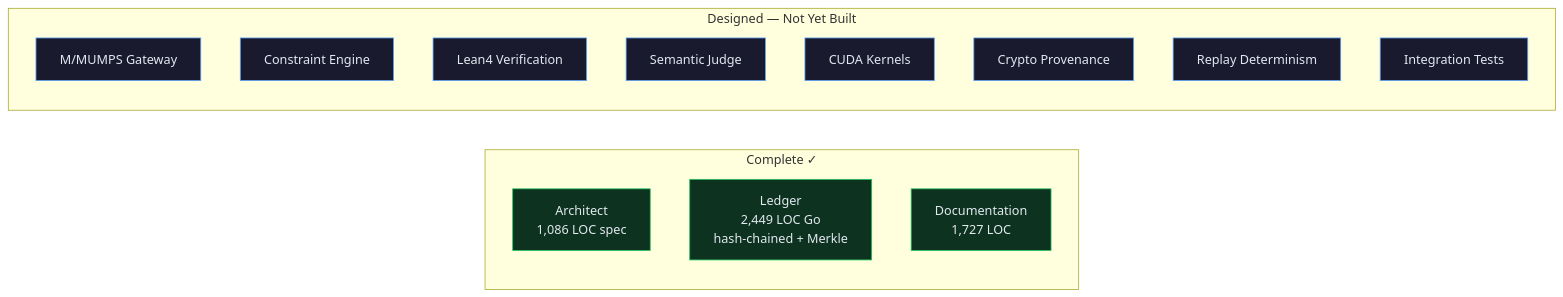
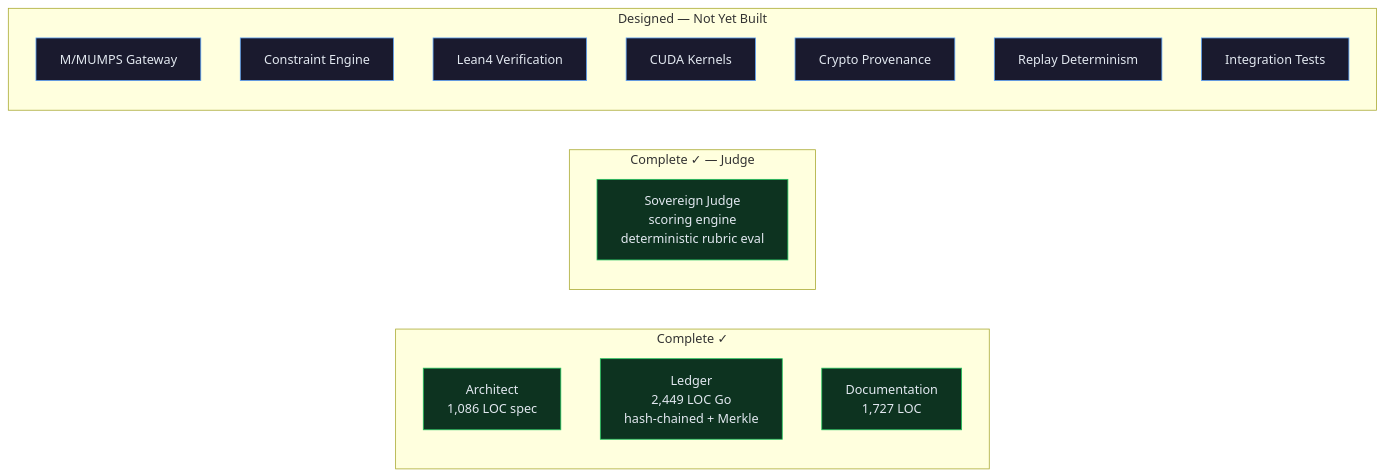
The fourth of 4 diagrams in README.md (SNAPKITTYWEST/sovereign-eval-engine), drawn with Mermaid before and after one commit. The commit also changed other lines of this file and 2 other files, not shown here.

Commit message:
Add Sovereign Judge scoring engine — Nova Parr drop
Deterministic rubric evaluation: transcript in, PASS/FAIL out.
Air-gapped, no cloud APIs. Audit trail hash per evaluation.

````diff
--- a/README.md
+++ b/README.md
@@ -125,31 +125,34 @@
 ```mermaid
 graph LR
     subgraph "Complete ✓"
         ARCH[Architect<br/>1,086 LOC spec]
         LED[Ledger<br/>2,449 LOC Go<br/>hash-chained + Merkle]
         DOCS[Documentation<br/>1,727 LOC]
     end
 
+    subgraph "Complete ✓ — Judge"
+        JUDGE[Sovereign Judge<br/>scoring engine<br/>deterministic rubric eval]
+    end
+
     subgraph "Designed — Not Yet Built"
         MUMPS[M/MUMPS Gateway]
         CONST[Constraint Engine]
         LEAN[Lean4 Verification]
-        JUDGE[Semantic Judge]
         GPU[CUDA Kernels]
         CRYPTO[Crypto Provenance]
         REPLAY[Replay Determinism]
         TESTS[Integration Tests]
     end
 
     style ARCH fill:#0d3320,stroke:#22c55e,color:#e2e8f0
     style LED fill:#0d3320,stroke:#22c55e,color:#e2e8f0
     style DOCS fill:#0d3320,stroke:#22c55e,color:#e2e8f0
+    style JUDGE fill:#0d3320,stroke:#22c55e,color:#e2e8f0
     style MUMPS fill:#1a1a2e,stroke:#60a5fa,color:#e2e8f0
     style CONST fill:#1a1a2e,stroke:#60a5fa,color:#e2e8f0
     style LEAN fill:#1a1a2e,stroke:#60a5fa,color:#e2e8f0
-    style JUDGE fill:#1a1a2e,stroke:#60a5fa,color:#e2e8f0
     style GPU fill:#1a1a2e,stroke:#60a5fa,color:#e2e8f0
     style CRYPTO fill:#1a1a2e,stroke:#60a5fa,color:#e2e8f0
     style REPLAY fill:#1a1a2e,stroke:#60a5fa,color:#e2e8f0
     style TESTS fill:#1a1a2e,stroke:#60a5fa,color:#e2e8f0
 ```
````
